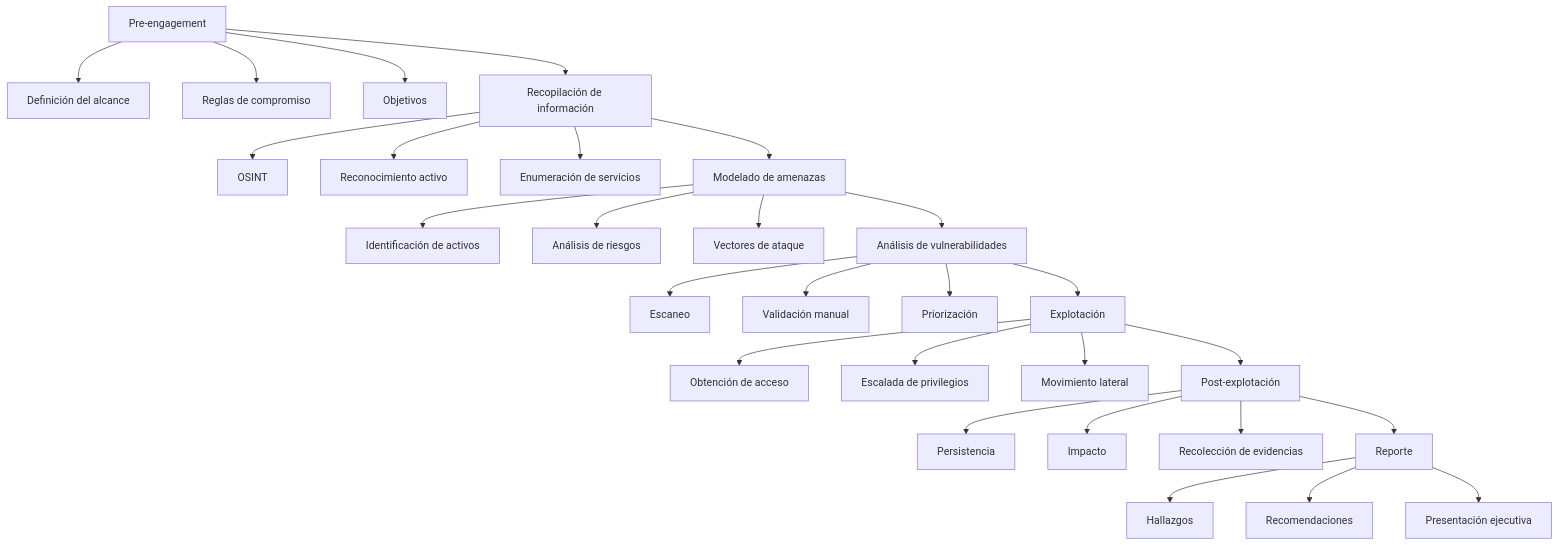
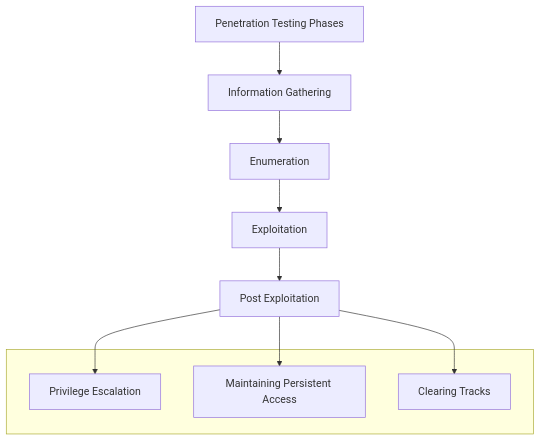
Before and after one commit to mjmariscalr/ejpt: the diagram in 04_explotacion/01_fundamentos.md, drawn with Mermaid.

Commit message:
Explotacion: introducción - prueba diagrama

````diff
--- a/04_explotacion/01_fundamentos.md
+++ b/04_explotacion/01_fundamentos.md
@@ -7,32 +7,23 @@
 ```mermaid
 flowchart TD
-    A[Pre-engagement] --> A1[Definición del alcance]
-    A --> A2[Reglas de compromiso]
-    A --> A3[Objetivos]
+    A[Penetration Testing Phases]
+    B[Information Gathering]
+    C[Enumeration]
+    D[Exploitation]
+    E[Post Exploitation]
 
-    B[Recopilación de información] --> B1[OSINT]
-    B --> B2[Reconocimiento activo]
-    B --> B3[Enumeración de servicios]
+    A --> B
+    B --> C
+    C --> D
+    D --> E
 
-    C[Modelado de amenazas] --> C1[Identificación de activos]
-    C --> C2[Análisis de riesgos]
-    C --> C3[Vectores de ataque]
+    subgraph " "
+        F[Privilege Escalation]
+        G[Maintaining Persistent Access]
+        H[Clearing Tracks]
+    end
 
-    D[Análisis de vulnerabilidades] --> D1[Escaneo]
-    D --> D2[Validación manual]
-    D --> D3[Priorización]
-
-    E[Explotación] --> E1[Obtención de acceso]
-    E --> E2[Escalada de privilegios]
-    E --> E3[Movimiento lateral]
-
-    F[Post-explotación] --> F1[Persistencia]
-    F --> F2[Impacto]
-    F --> F3[Recolección de evidencias]
-
-    G[Reporte] --> G1[Hallazgos]
-    G --> G2[Recomendaciones]
-    G --> G3[Presentación ejecutiva]
-
-    A --> B --> C --> D --> E --> F --> G
+    E --> F
+    E --> G
+    E --> H
 ``` 
````
